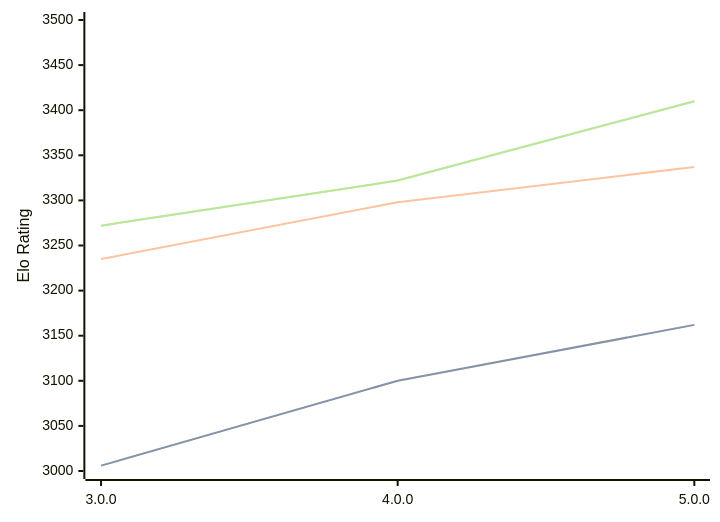
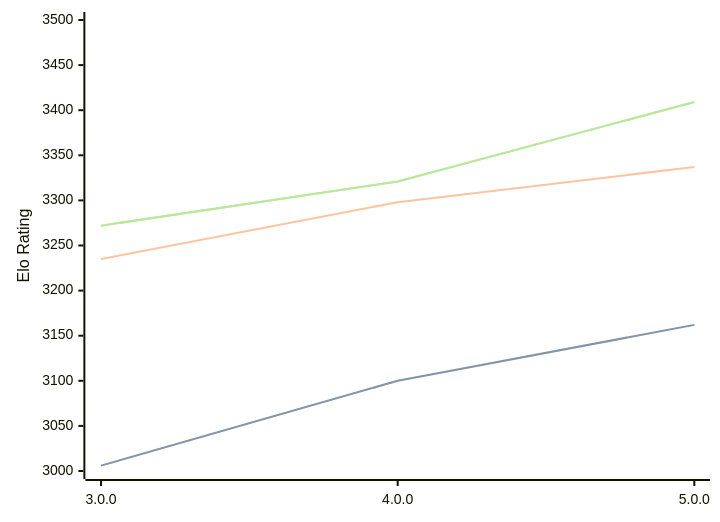
One commit to computer-chess-index/cci changed the diagram in engines/Minke.md. Above: the diagram before and after it, drawn with Mermaid. The commit also changed other lines of this file, not shown here.

Commit message:
Update CCI Ratings (ELO VLTC) - 2026-04-06

````diff
--- a/engines/Minke.md
+++ b/engines/Minke.md
@@ -35,11 +35,11 @@
 ```mermaid
 %%{init: {"theme":"base","themeVariables":{"seriesColors:['#a3a3a3','#222221','#faa371']}}}%%
 xychart-beta
   x-axis ["3.0.0", "4.0.0", "5.0.0"]
   y-axis "Elo Rating" 3000 --> 3500
   line "STC (8.0+0.08s)" [3006, 3100, 3162]
   line "STC (8.0+0.08s)" [3006, 3100, 3162]
   line "LTC (60.0+0.60s)" [3235, 3298, 3337]
-  line "VLTC (2m24s+1.12s)" [3272, 3322, 3410]
-  line "VLTC (2m24s+1.12s)" [3272, 3322, 3410]
+  line "VLTC (2m24s+1.12s)" [3272, 3321, 3409]
+  line "VLTC (2m24s+1.12s)" [3272, 3321, 3409]
 ```
````
